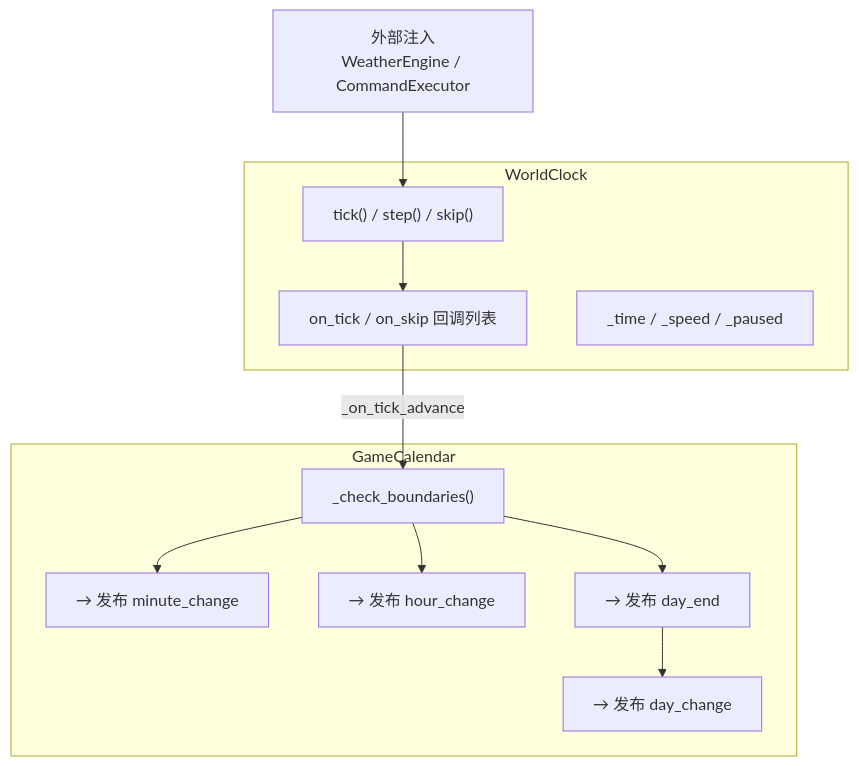
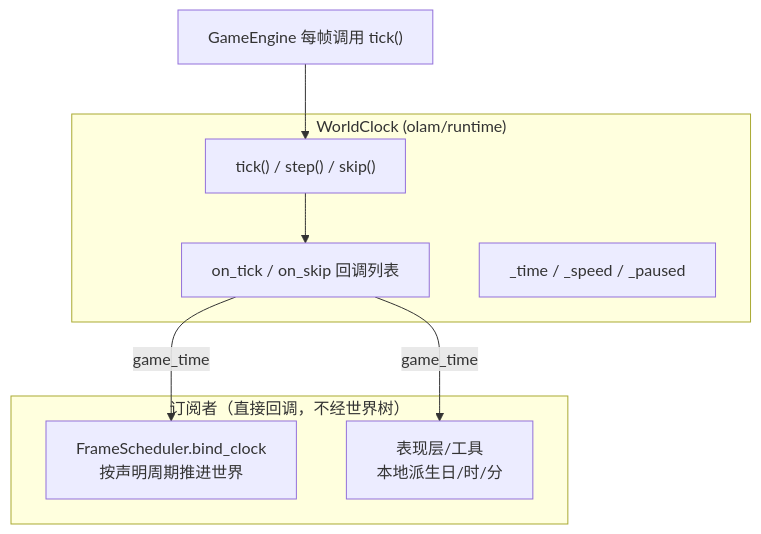
Before and after one commit to Jedidiah-Zhang/Ascend: the third of 6 diagrams in docs/diagrams/architecture.md, drawn with Mermaid. The commit also changed other lines of this file and 77 other files, not shown here.

First line of the commit message:
refactor: 删除日历组件，时钟迁入 olam.runtime，清理开发工具目录

````diff
--- a/docs/diagrams/architecture.md
+++ b/docs/diagrams/architecture.md
@@ -105,25 +102,19 @@
 ```mermaid
 graph TD
-    subgraph Clock["WorldClock"]
+    subgraph Clock["WorldClock (olam/runtime)"]
         TICK["tick() / step() / skip()"]
         CB["on_tick / on_skip 回调列表"]
         STATE["_time / _speed / _paused"]
     end
 
-    subgraph Calendar["GameCalendar"]
-        BOUND["_check_boundaries()"]
-        MIN["→ 发布 minute_change"]
-        HOUR["→ 发布 hour_change"]
-        DAY_END["→ 发布 day_end"]
-        DAY["→ 发布 day_change"]
+    subgraph Drivers["订阅者（直接回调，不经世界树）"]
+        DRV2["FrameScheduler.bind_clock<br/>按声明周期推进世界"]
+        VIEW["表现层/工具<br/>本地派生日/时/分"]
     end
 
     TICK --> CB
-    CB -->|"_on_tick_advance"| BOUND
-    BOUND --> MIN
-    BOUND --> HOUR
-    BOUND --> DAY_END
-    DAY_END --> DAY
+    CB -->|"game_time"| DRV2
+    CB -->|"game_time"| VIEW
 
-    CAL_INJECT["外部注入<br/>WeatherEngine / CommandExecutor"] --> TICK
+    CAL_INJECT["GameEngine 每帧调用 tick()"] --> TICK
 ```
````
